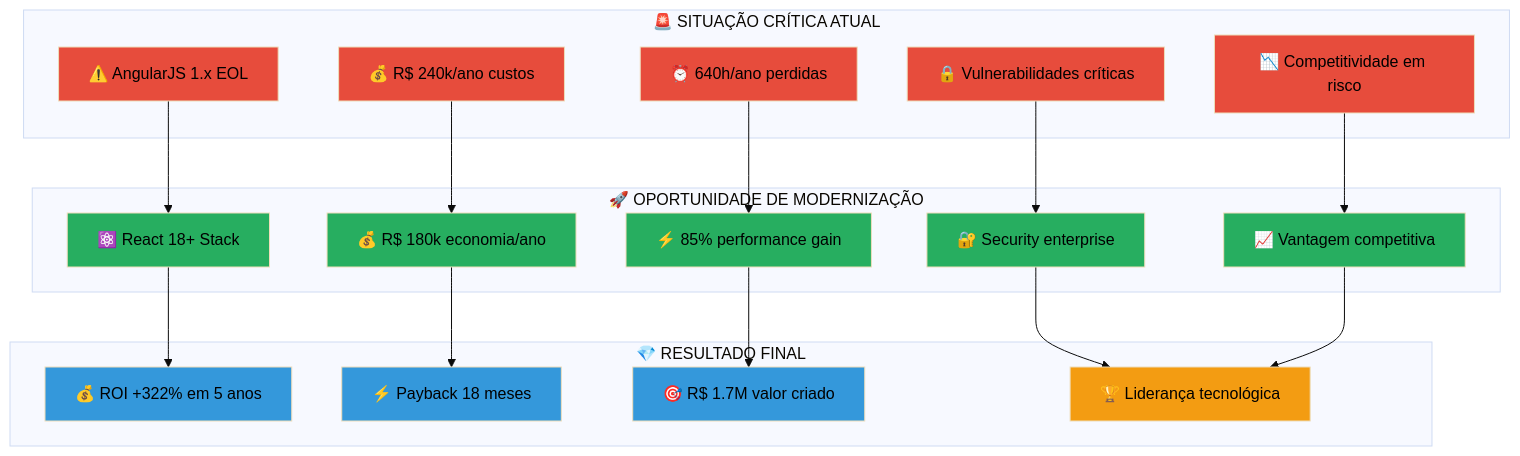
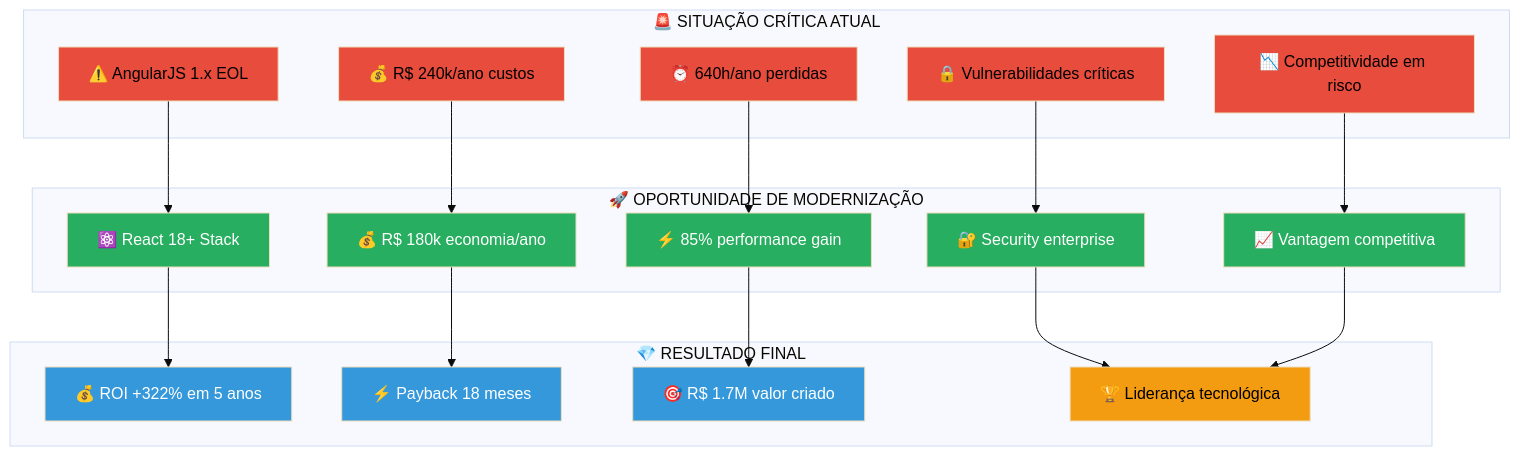
One commit to EduPereiraAlest/FocusTextil changed the diagram in 01-Proposta/documentacao/executive-summary.md. Above: the diagram before and after it, drawn with Mermaid (base theme). The commit also changed 5 other files, not shown here.

First line of the commit message:
fix: Ajustar contraste do texto em fundos escuros dos diagramas

````diff
--- a/01-Proposta/documentacao/executive-summary.md
+++ b/01-Proposta/documentacao/executive-summary.md
@@ -5,52 +5,52 @@
 ```mermaid
 graph TB
 subgraph "🚨 SITUAÇÃO CRÍTICA ATUAL"
 A["⚠️ AngularJS 1.x EOL"]
 B["💰 R$ 240k/ano custos"]
 C["⏰ 640h/ano perdidas"]
 D["🔒 Vulnerabilidades críticas"]
 E["📉 Competitividade em risco"]
 end
 
 subgraph "🚀 OPORTUNIDADE DE MODERNIZAÇÃO"
 F["⚛️ React 18+ Stack"]
 G["💰 R$ 180k economia/ano"]
 H["⚡ 85% performance gain"]
 I["🔐 Security enterprise"]
 J["📈 Vantagem competitiva"]
 end
 
 subgraph "💎 RESULTADO FINAL"
 K["💰 ROI +322% em 5 anos"]
 L["⚡ Payback 18 meses"]
 M["🎯 R$ 1.7M valor criado"]
 N["🏆 Liderança tecnológica"]
 end
 
 A --> F
 B --> G
 C --> H
 D --> I
 E --> J
 
 F --> K
 G --> L
 H --> M
 I --> N
 J --> N
 
 style A fill:#e74c3c,color:#000000
 style B fill:#e74c3c,color:#000000
 style C fill:#e74c3c,color:#000000
 style D fill:#e74c3c,color:#000000
 style E fill:#e74c3c,color:#000000
-style F fill:#27ae60,color:#000000
-style G fill:#27ae60,color:#000000
-style H fill:#27ae60,color:#000000
-style I fill:#27ae60,color:#000000
-style J fill:#27ae60,color:#000000
-style K fill:#3498db,color:#000000
-style L fill:#3498db,color:#000000
-style M fill:#3498db,color:#000000
+style F fill:#27ae60,color:#ffffff
+style G fill:#27ae60,color:#ffffff
+style H fill:#27ae60,color:#ffffff
+style I fill:#27ae60,color:#ffffff
+style J fill:#27ae60,color:#ffffff
+style K fill:#3498db,color:#ffffff
+style L fill:#3498db,color:#ffffff
+style M fill:#3498db,color:#ffffff
 style N fill:#f39c12,color:#000000
 ```
````
